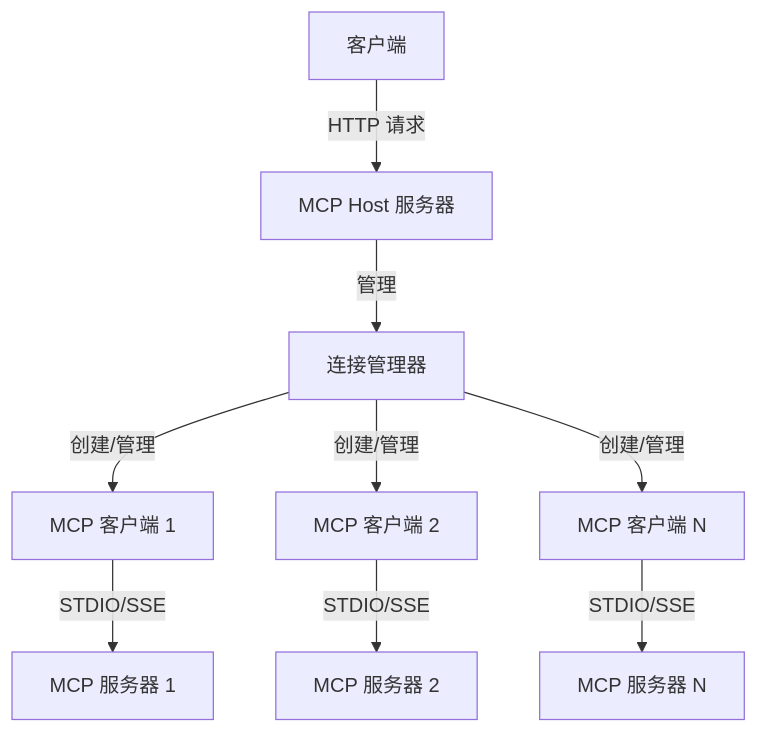
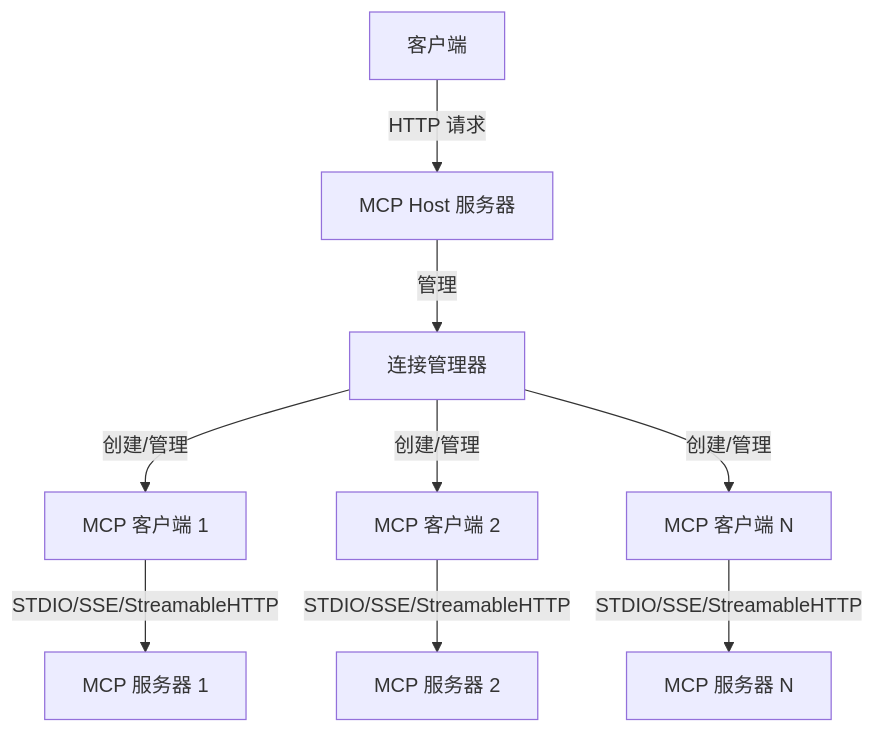
Before and after one commit to liujilongObject/mcp-host-use: the diagram in README.md, drawn with Mermaid. The commit also changed other lines of this file and 6 other files, not shown here.

Commit message:
feat: supported StreamableHTTP

````diff
--- a/README.md
+++ b/README.md
@@ -12,11 +12,11 @@
 ```mermaid
 graph TD
     Client[客户端] -->|HTTP 请求| HostServer[MCP Host 服务器]
     HostServer -->|管理| ConnectionManager[连接管理器]
     ConnectionManager -->|创建/管理| MCPClient1[MCP 客户端 1]
     ConnectionManager -->|创建/管理| MCPClient2[MCP 客户端 2]
     ConnectionManager -->|创建/管理| MCPClientN[MCP 客户端 N]
-    MCPClient1 -->|STDIO/SSE| MCPServer1[MCP 服务器 1]
-    MCPClient2 -->|STDIO/SSE| MCPServer2[MCP 服务器 2]
-    MCPClientN -->|STDIO/SSE| MCPServerN[MCP 服务器 N]
+    MCPClient1 -->|STDIO/SSE/StreamableHTTP| MCPServer1[MCP 服务器 1]
+    MCPClient2 -->|STDIO/SSE/StreamableHTTP| MCPServer2[MCP 服务器 2]
+    MCPClientN -->|STDIO/SSE/StreamableHTTP| MCPServerN[MCP 服务器 N]
 ```
````
